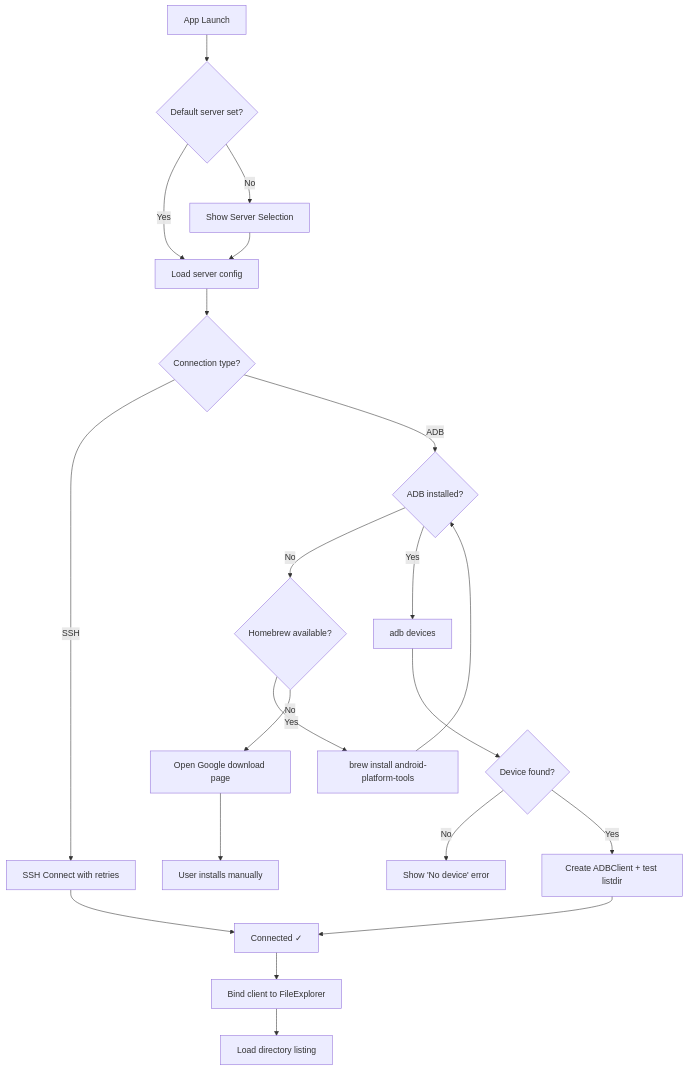
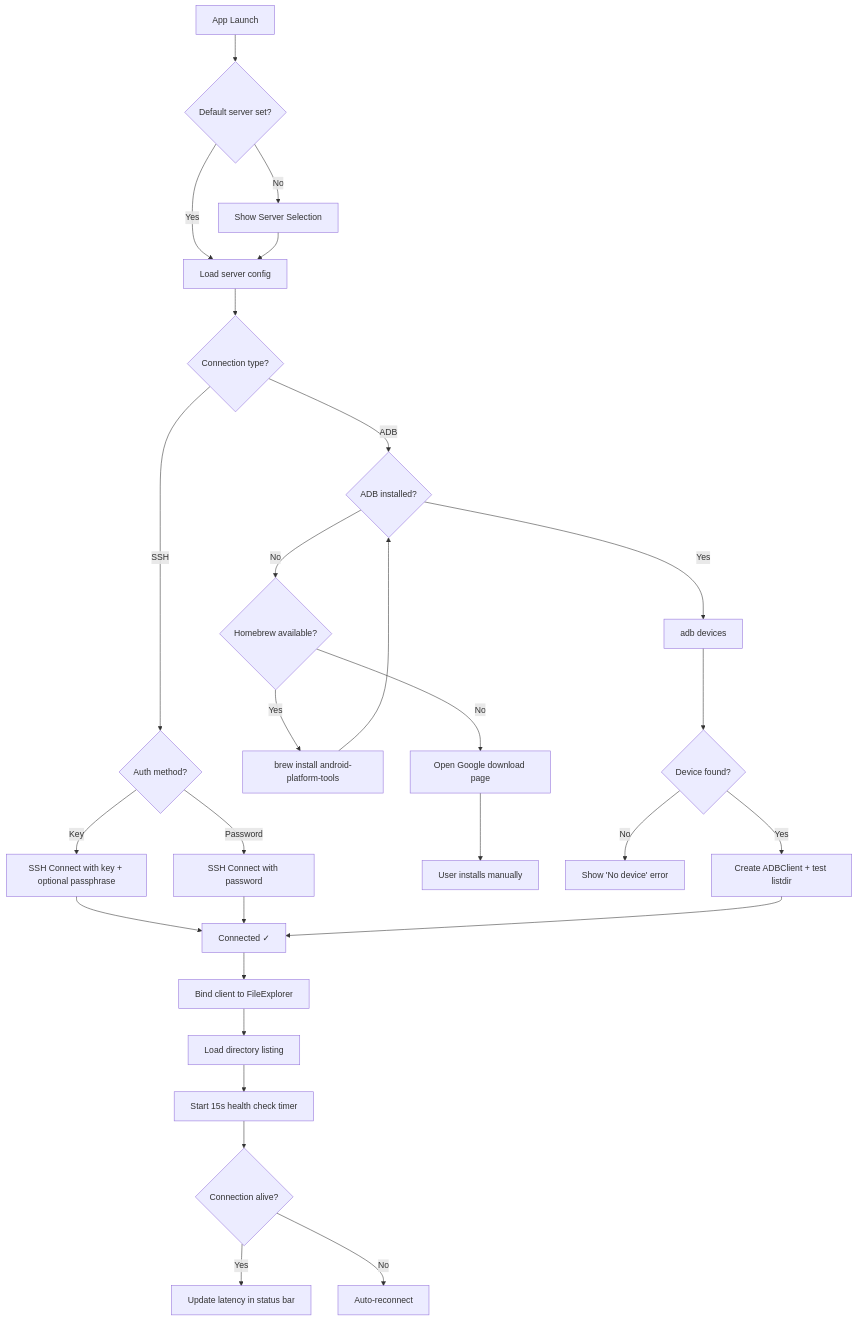
One commit to imlocle/filesling changed the fourth of 5 diagrams in docs/SYSTEM_DIAGRAM.md. Above: the diagram before and after it, drawn with Mermaid. The commit also changed other lines of this file and 6 other files, not shown here.

````diff
--- a/docs/SYSTEM_DIAGRAM.md
+++ b/docs/SYSTEM_DIAGRAM.md
@@ -131,27 +145,35 @@
 ```mermaid
 flowchart TD
     Start[App Launch] --> CheckDefault{Default server set?}
     CheckDefault -->|Yes| LoadServer[Load server config]
     CheckDefault -->|No| ShowDialog[Show Server Selection]
     ShowDialog --> LoadServer
 
     LoadServer --> CheckType{Connection type?}
-    CheckType -->|SSH| ConnSSH[SSH Connect with retries]
+    CheckType -->|SSH| CheckAuth{Auth method?}
     CheckType -->|ADB| CheckADB{ADB installed?}
+
+    CheckAuth -->|Key| ConnSSH[SSH Connect with key + optional passphrase]
+    CheckAuth -->|Password| ConnSSHPW[SSH Connect with password]
+    ConnSSH --> Connected
+    ConnSSHPW --> Connected
 
     CheckADB -->|No| PromptInstall{Homebrew available?}
     PromptInstall -->|Yes| BrewInstall[brew install android-platform-tools]
     PromptInstall -->|No| OpenGoogle[Open Google download page]
     BrewInstall --> CheckADB
     OpenGoogle --> End[User installs manually]
 
     CheckADB -->|Yes| FindDevice[adb devices]
     FindDevice --> DeviceFound{Device found?}
     DeviceFound -->|No| ShowError[Show 'No device' error]
     DeviceFound -->|Yes| ConnADB[Create ADBClient + test listdir]
 
-    ConnSSH --> Connected[Connected ✓]
-    ConnADB --> Connected
+    ConnADB --> Connected[Connected ✓]
     Connected --> SetExplorer[Bind client to FileExplorer]
     SetExplorer --> Refresh[Load directory listing]
+    Refresh --> HealthTimer[Start 15s health check timer]
+    HealthTimer --> CheckAlive{Connection alive?}
+    CheckAlive -->|Yes| UpdateLatency[Update latency in status bar]
+    CheckAlive -->|No| AutoReconnect[Auto-reconnect]
 ```
````
